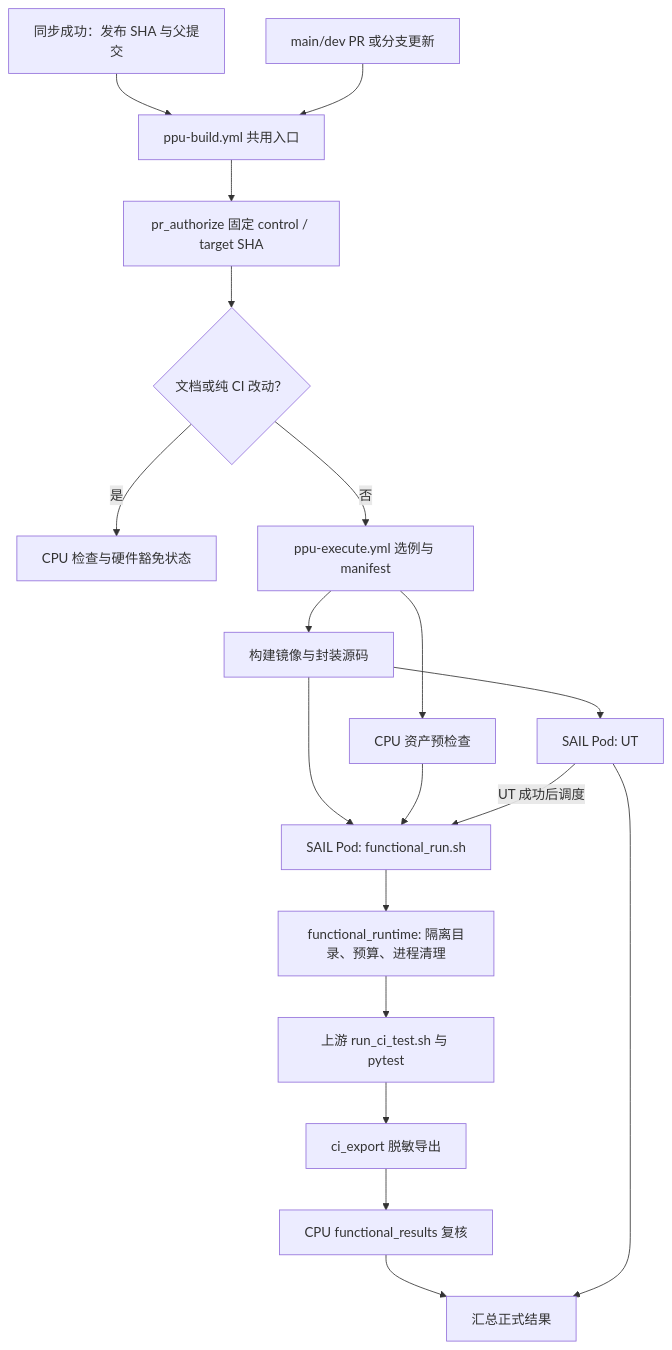
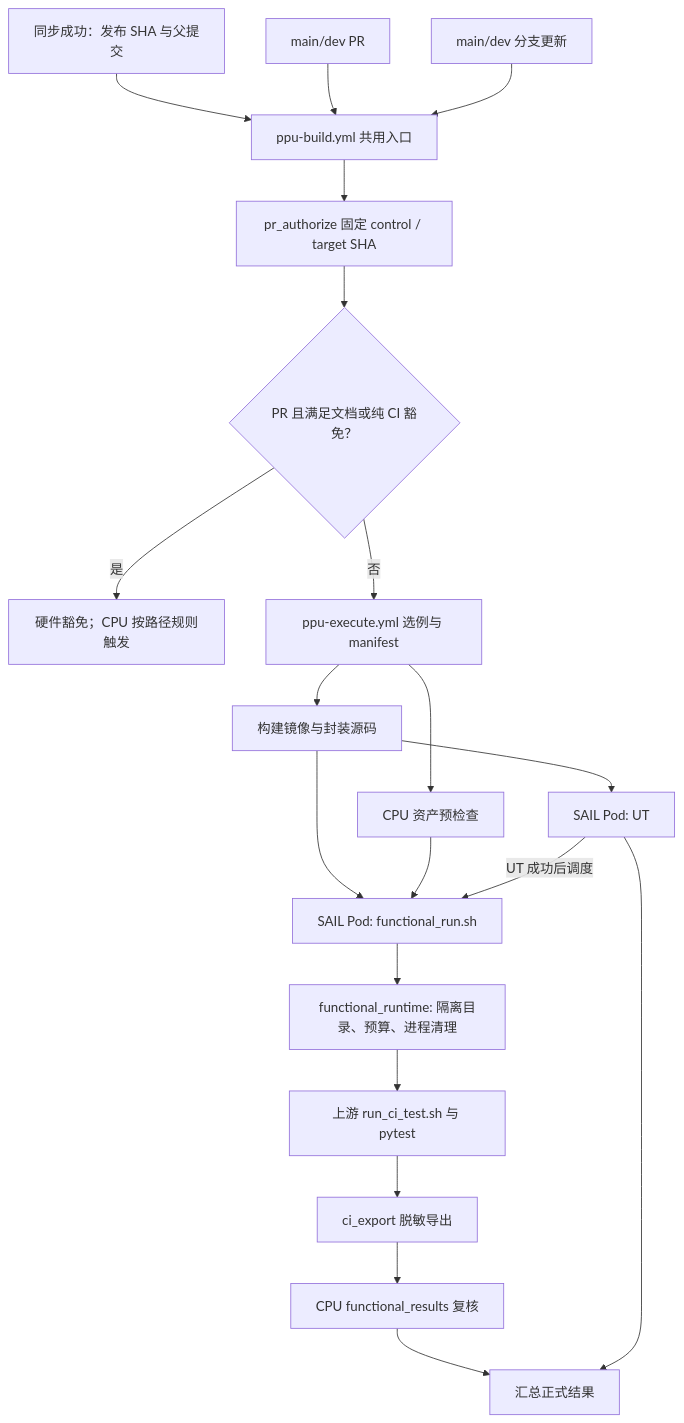
One commit to flytiger-eco/Megatron-LM-for-sail changed the diagram in docs/developer/ppu-ci.md. Above: the diagram before and after it, drawn with Mermaid. The commit also changed other lines of this file and 8 other files, not shown here.

````diff
--- a/docs/developer/ppu-ci.md
+++ b/docs/developer/ppu-ci.md
@@ -69,21 +44,22 @@
 ```mermaid
 flowchart TD
     S[同步成功：发布 SHA 与父提交] --> A[ppu-build.yml 共用入口]
-    P[main/dev PR 或分支更新] --> A
+    P[main/dev PR] --> A
+    U[main/dev 分支更新] --> A
     A --> B[pr_authorize 固定 control / target SHA]
-    B --> Q{文档或纯 CI 改动？}
-    Q -->|是| X[CPU 检查与硬件豁免状态]
+    B --> Q{PR 且满足文档或纯 CI 豁免？}
+    Q -->|是| X[硬件豁免；CPU 按路径规则触发]
     Q -->|否| C[ppu-execute.yml 选例与 manifest]
     C --> D[CPU 资产预检查]
     C --> E[构建镜像与封装源码]
     E --> F[SAIL Pod: UT]
     E --> G[SAIL Pod: functional_run.sh]
     D --> G
     F -->|UT 成功后调度| G
     G --> H[functional_runtime: 隔离目录、预算、进程清理]
     H --> I[上游 run_ci_test.sh 与 pytest]
     I --> J[ci_export 脱敏导出]
     J --> K[CPU functional_results 复核]
     K --> L[汇总正式结果]
     F --> L
 ```
````
